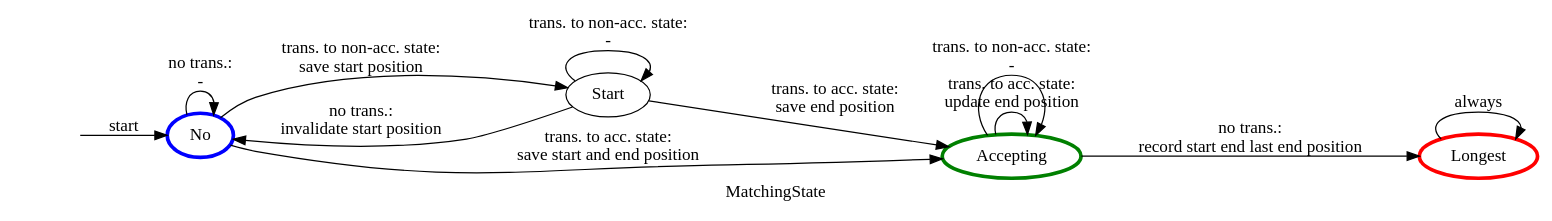
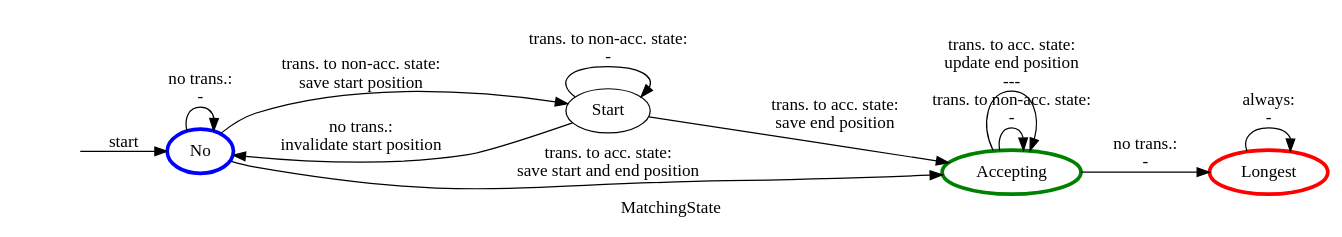
Before and after one commit to jsinger67/scangen: the diagram in src/matching_state.dot, drawn with Graphviz.

Commit message:
Update matching_state.dot that documents the matching state's behavior

```diff
--- a/src/matching_state.dot
+++ b/src/matching_state.dot
@@ -1,28 +1,58 @@
 digraph {
     label="MatchingState";
     rankdir="LR";
     node [shape="ellipse"];
+    // --------------------------------------------------------
     // Nodes --------------------------------------------------
+    // --------------------------------------------------------
+    //
     Init [style="invis"];
     No [color="blue", penwidth=3];
     Start;
     Accepting [color="green", penwidth=3];
     Longest [color="red", penwidth=3];
+    // --------------------------------------------------------
     // Edges --------------------------------------------------
+    // --------------------------------------------------------
+    //
+    // -------------------------
+    // Init
+    // -------------------------
+    // Unconditionals switch to the No state.
+    Init -> No [label="start"];
+    // -------------------------
+    // No
+    // -------------------------
+    // No transitions found, the automaton stays in the No state.
+    No -> No [label="no trans.:\n-"];
+    // The automaton found a transition and moves to the Start state and records the start position.
+    No -> Start [label="trans. to non-acc. state:\nsave start position"];
+    // The automaton found a transition to an accepting, moves to the Accepting state and records
+    // the start and end positions.
+    No -> Accepting [label="trans. to acc. state:\nsave start and end position"];
+    // -------------------------
     // Start
-    Init -> No [label="start"];
-    // No
-    No -> Start [label="trans. to non-acc. state:\nsave start position"];
-    No -> Accepting [label="trans. to acc. state:\nsave start and end position"];
-    No -> No [label="no trans.:\n-"];
-    // Start
+    // -------------------------
+    // The automaton aborts the current match and starts a new one.
+    Start -> No [label="no trans.:\ninvalidate start position"];
+    // The automaton found a transition to a non-accepting state and stays in the Start state.
+    Start -> Start [label="trans. to non-acc. state:\n-"];
+    // The automaton found an accepting transition and moves to the Accepting state and records the
+    // end position.
     Start -> Accepting [label="trans. to acc. state:\nsave end position"];
-    Start -> Start [label="trans. to non-acc. state:\n-"];
-    Start -> No [label="no trans.:\ninvalidate start position"];
+    // -------------------------
     // Accepting
-    Accepting -> Accepting [label="trans. to acc. state:\nupdate end position"];
+    // -------------------------
+    // The atomaton aborts the search for a longer match and retains the last recorded end position.
+    Accepting -> Longest [label="no trans.:\n-"];
+    // The automaton stays in the Accepting state and does not change the end position.
+    // It looks for a longer match as long as transitions exist.
     Accepting -> Accepting [label="trans. to non-acc. state:\n-"];
-    Accepting -> Longest [label="no trans.:\nrecord start end last end position"];
+    // The automaton stays in the Accepting state and updates the end position.
+    Accepting -> Accepting [label="trans. to acc. state:\nupdate end position\n---"];
+    // -------------------------
     // Longest
-    Longest -> Longest [label="always"];
+    // -------------------------
+    // The automaton stays in the Longest state and does not change the end position.
+    Longest -> Longest [label="always:\n-"];
 }
```
